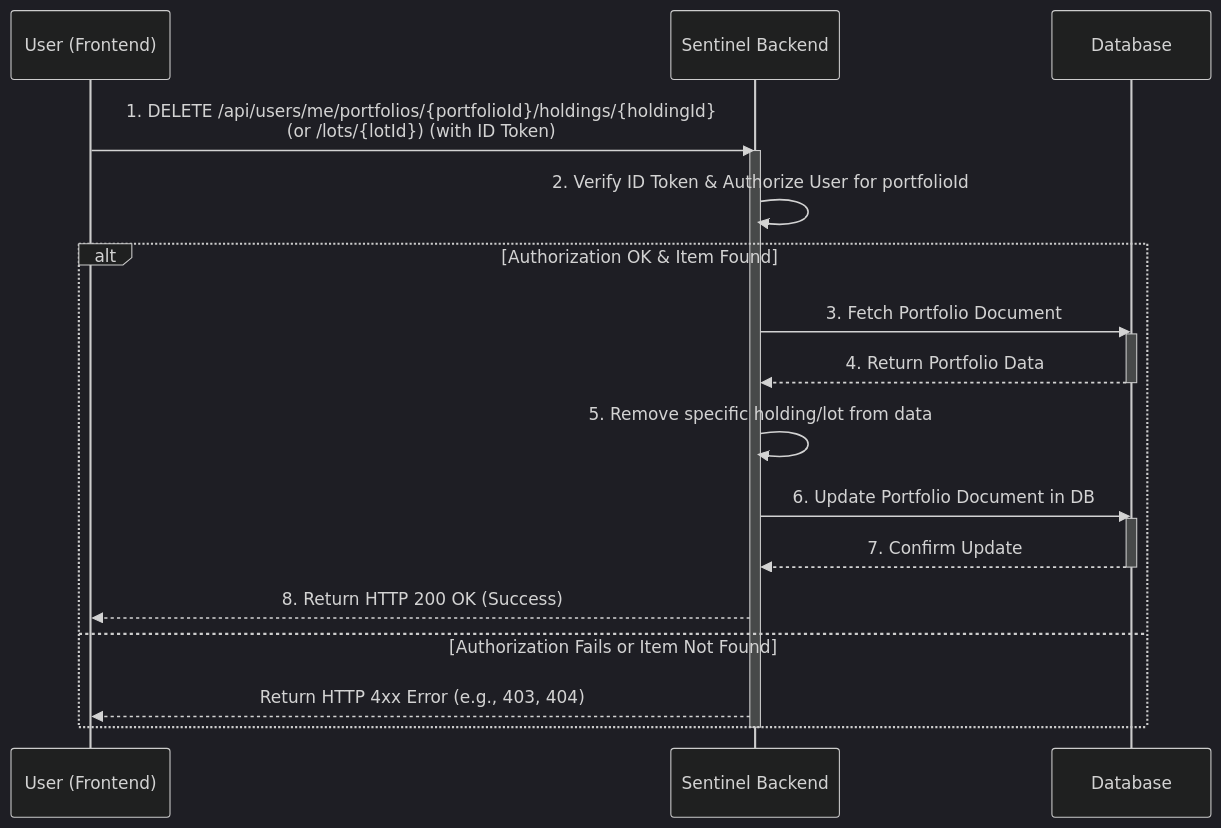
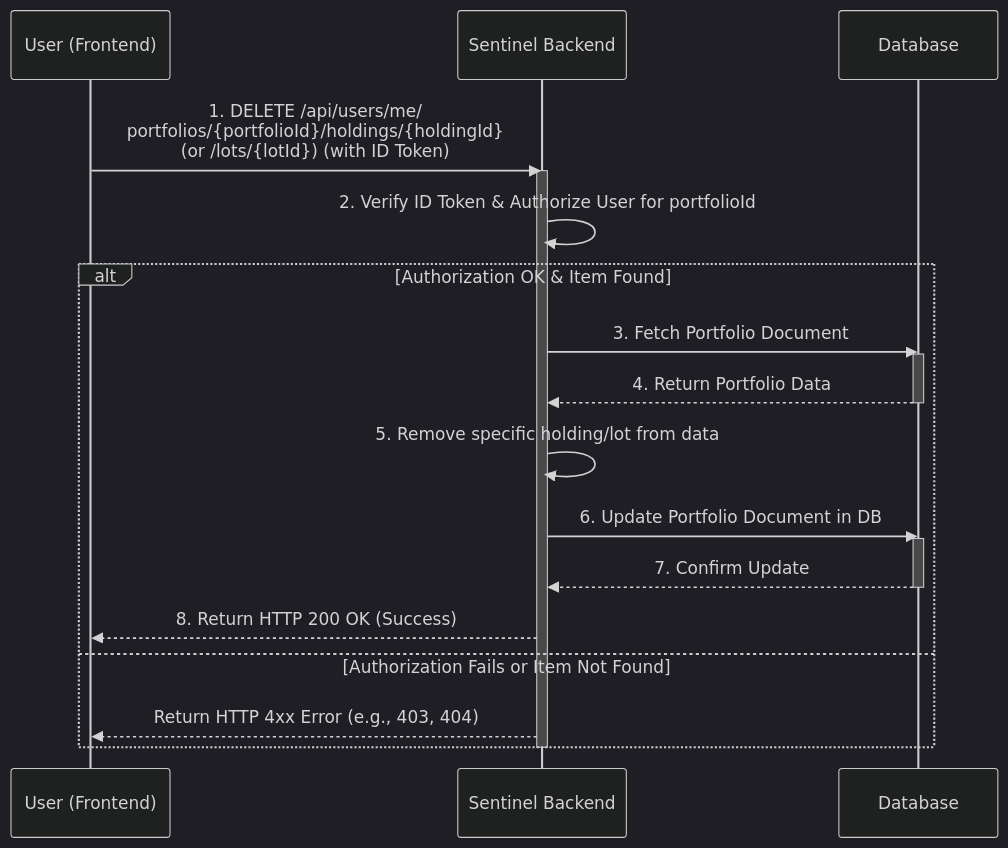
Before and after one commit to enzhao/Sentinel: the eighth of 15 diagrams in product_spec.md, drawn with Mermaid (dark theme). The commit also changed other lines of this file, not shown here.

````diff
--- a/product_spec.md
+++ b/product_spec.md
@@ -537,29 +541,29 @@
 ```mermaid
 sequenceDiagram
     participant User as User (Frontend)
     participant Sentinel as Sentinel Backend
     participant DB as Database
 
-    User->>Sentinel: 1. DELETE /api/users/me/portfolios/{portfolioId}/holdings/{holdingId}<br> (or /lots/{lotId}) (with ID Token)
+    User->>Sentinel: 1. DELETE /api/users/me/<br>portfolios/{portfolioId}/holdings/{holdingId}<br> (or /lots/{lotId}) (with ID Token)
     activate Sentinel
     Sentinel->>Sentinel: 2. Verify ID Token & Authorize User for portfolioId
     
     alt Authorization OK & Item Found
         Sentinel->>DB: 3. Fetch Portfolio Document
         activate DB
         DB-->>Sentinel: 4. Return Portfolio Data
         deactivate DB
         
         Sentinel->>Sentinel: 5. Remove specific holding/lot from data
         
         Sentinel->>DB: 6. Update Portfolio Document in DB
         activate DB
         DB-->>Sentinel: 7. Confirm Update
         deactivate DB
         
         Sentinel-->>User: 8. Return HTTP 200 OK (Success)
     else Authorization Fails or Item Not Found
         Sentinel-->>User: Return HTTP 4xx Error (e.g., 403, 404)
     end
     deactivate Sentinel
 ```
````
